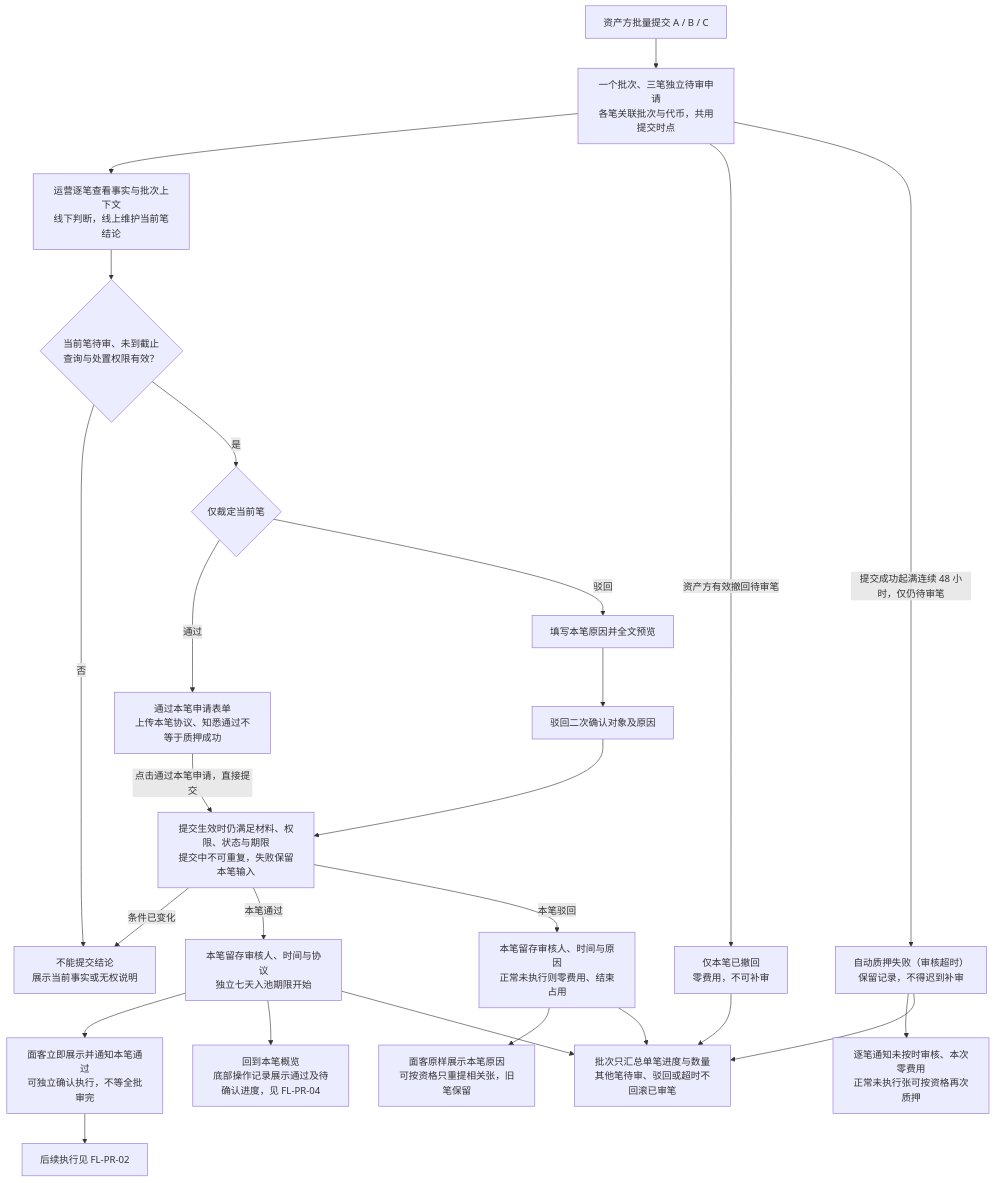
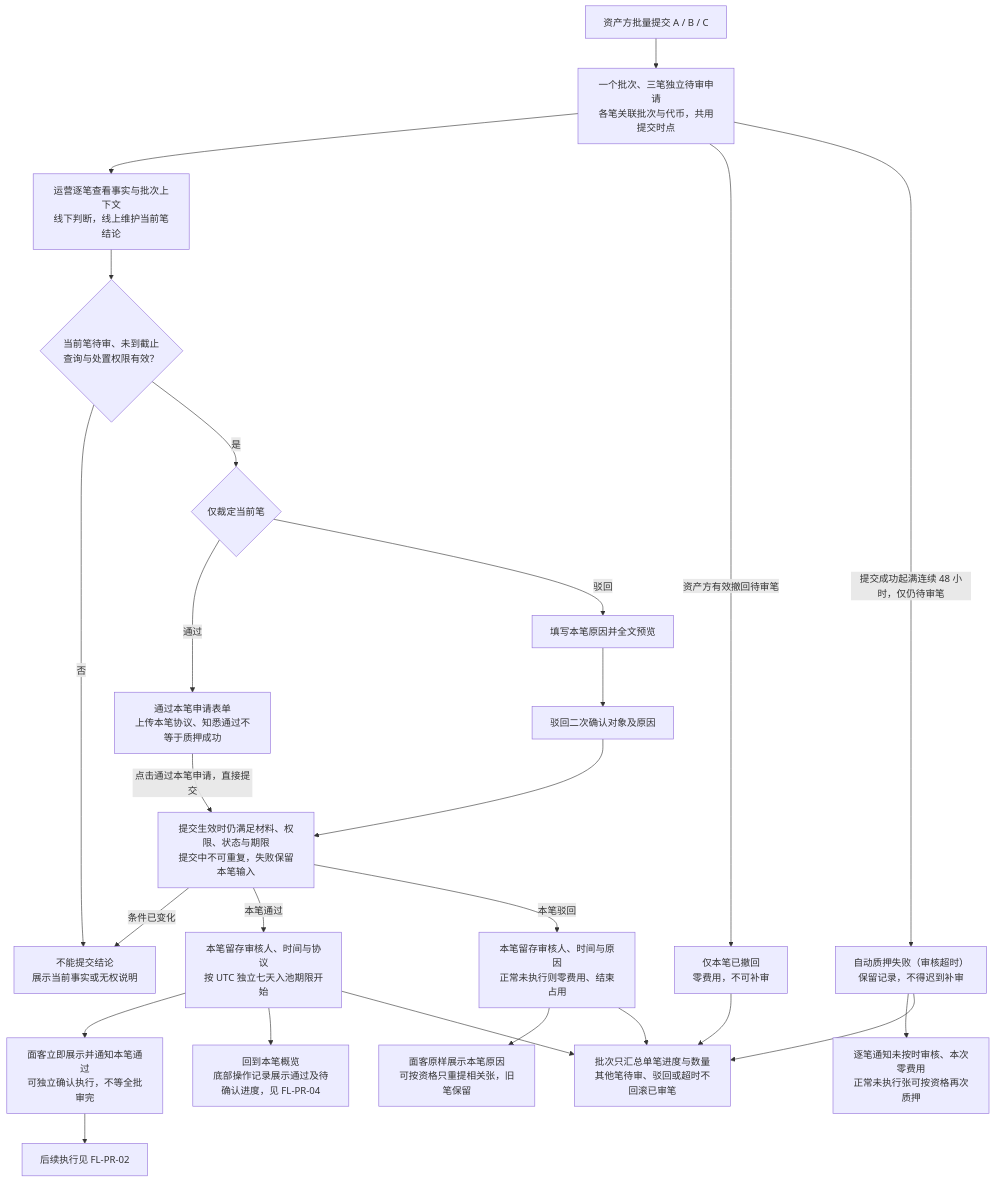
One commit to wxblockchain/Chain-Financing changed the first of 6 diagrams in lending-platform/PRD/v1.0-代币质押审核/v1.0-代币质押审核-流程图与状态机.md. Above: the diagram before and after it, drawn with Mermaid. The commit also changed other lines of this file and 2 other files, not shown here.

````diff
--- a/lending-platform/PRD/v1.0-代币质押审核/v1.0-代币质押审核-流程图与状态机.md
+++ b/lending-platform/PRD/v1.0-代币质押审核/v1.0-代币质押审核-流程图与状态机.md
@@ -21,27 +21,27 @@
 ```mermaid
 flowchart TD
   A["资产方批量提交 A / B / C"] --> B["一个批次、三笔独立待审申请<br/>各笔关联批次与代币，共用提交时点"]
   B --> C["运营逐笔查看事实与批次上下文<br/>线下判断，线上维护当前笔结论"]
   C --> D{"当前笔待审、未到截止<br/>查询与处置权限有效？"}
   D -- "否" --> E["不能提交结论<br/>展示当前事实或无权说明"]
   D -- "是" --> F{"仅裁定当前笔"}
   F -- "通过" --> G["通过本笔申请表单<br/>上传本笔协议、知悉通过不等于质押成功"]
   F -- "驳回" --> H["填写本笔原因并全文预览"]
   G -- "点击通过本笔申请，直接提交" --> I["提交生效时仍满足材料、权限、状态与期限<br/>提交中不可重复，失败保留本笔输入"]
   H --> R["驳回二次确认对象及原因"]
   R --> I
   I -- "条件已变化" --> E
-  I -- "本笔通过" --> J["本笔留存审核人、时间与协议<br/>独立七天入池期限开始"]
+  I -- "本笔通过" --> J["本笔留存审核人、时间与协议<br/>按 UTC 独立七天入池期限开始"]
   I -- "本笔驳回" --> K["本笔留存审核人、时间与原因<br/>正常未执行则零费用、结束占用"]
   J --> L["面客立即展示并通知本笔通过<br/>可独立确认执行，不等全批审完"]
   L --> X["后续执行见 FL-PR-02"]
   K --> M["面客原样展示本笔原因<br/>可按资格只重提相关张，旧笔保留"]
   B -- "资产方有效撤回待审笔" --> N["仅本笔已撤回<br/>零费用，不可补审"]
   B -- "提交成功起满连续 48 小时，仅仍待审笔" --> O["自动质押失败（审核超时）<br/>保留记录，不得迟到补审"]
   O --> P["逐笔通知未按时审核、本次零费用<br/>正常未执行张可按资格再次质押"]
   J --> V["回到本笔概览<br/>底部操作记录展示通过及待确认进度，见 FL-PR-04"]
   J --> Q["批次只汇总单笔进度与数量<br/>其他笔待审、驳回或超时不回滚已审笔"]
   K --> Q
   N --> Q
   O --> Q
 ```
````
